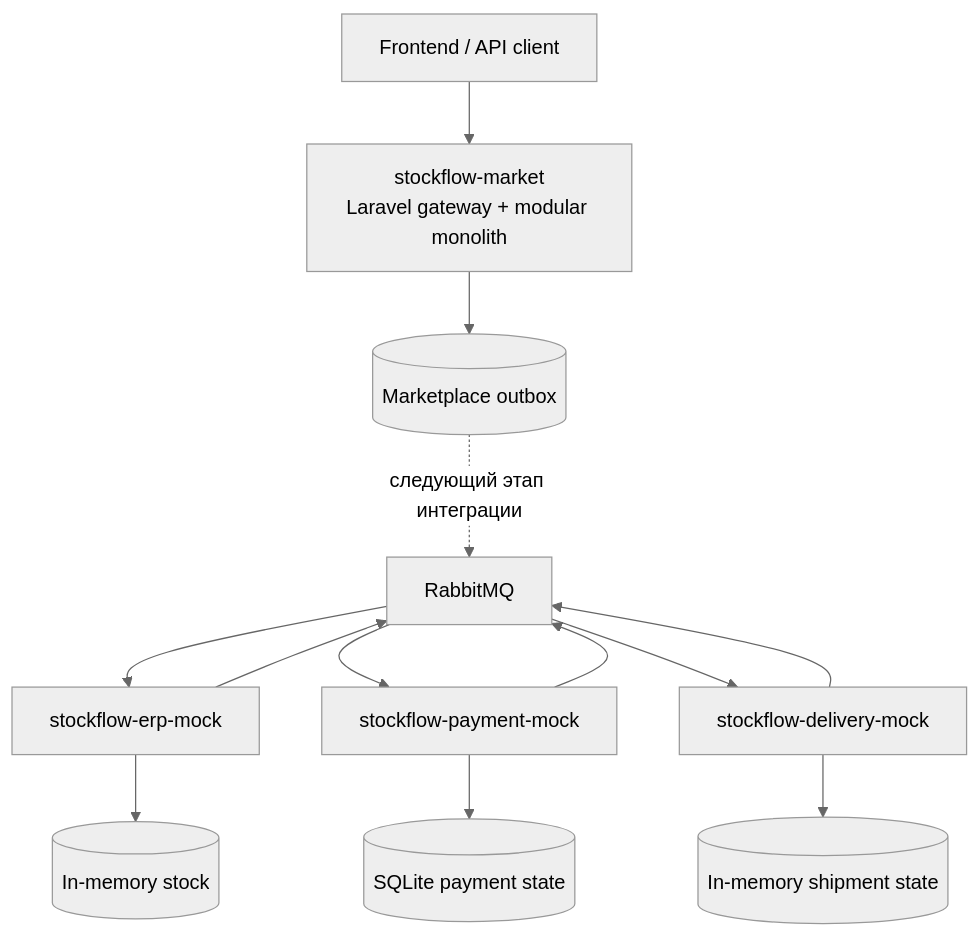
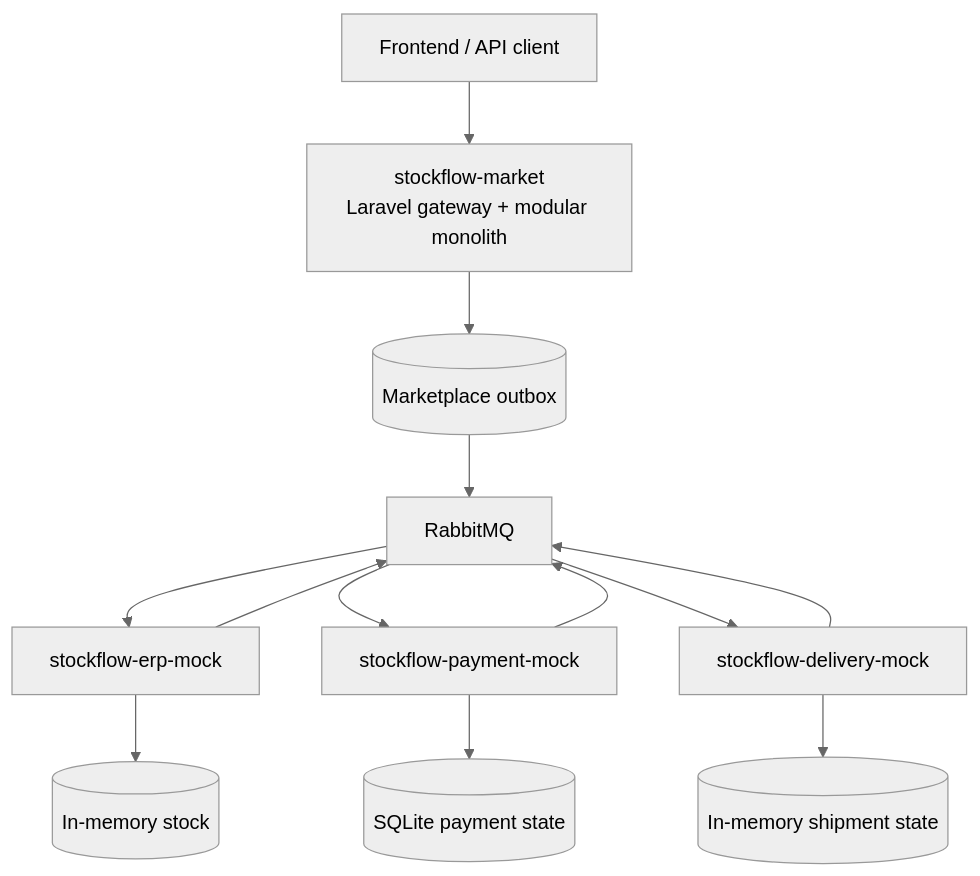
Before and after one commit to Smiley-Alyx/stockflow-market: the diagram in docs/architecture.md, drawn with Mermaid (neutral theme). The commit also changed other lines of this file and 3 other files, not shown here.

````diff
--- a/docs/architecture.md
+++ b/docs/architecture.md
@@ -15,17 +15,17 @@
 ```mermaid
 flowchart TB
     client["Frontend / API client"] --> market["stockflow-market<br/>Laravel gateway + modular monolith"]
     market --> outbox[("Marketplace outbox")]
-    outbox -. "следующий этап интеграции" .-> rabbit["RabbitMQ"]
+    outbox --> rabbit["RabbitMQ"]
 
     rabbit --> inventory["stockflow-erp-mock"]
     rabbit --> payment["stockflow-payment-mock"]
     rabbit --> delivery["stockflow-delivery-mock"]
     inventory --> rabbit
     payment --> rabbit
     delivery --> rabbit
 
     inventory --> inventoryState[("In-memory stock")]
     payment --> paymentState[("SQLite payment state")]
     delivery --> deliveryState[("In-memory shipment state")]
 ```
````
